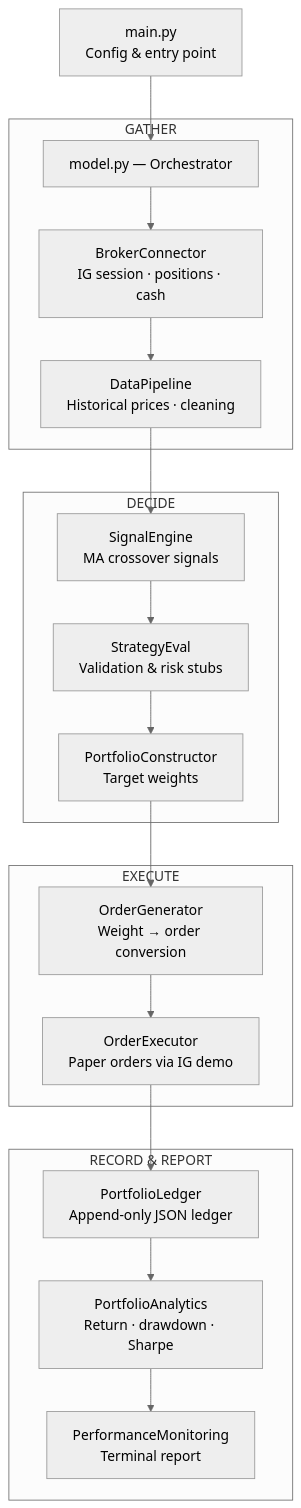
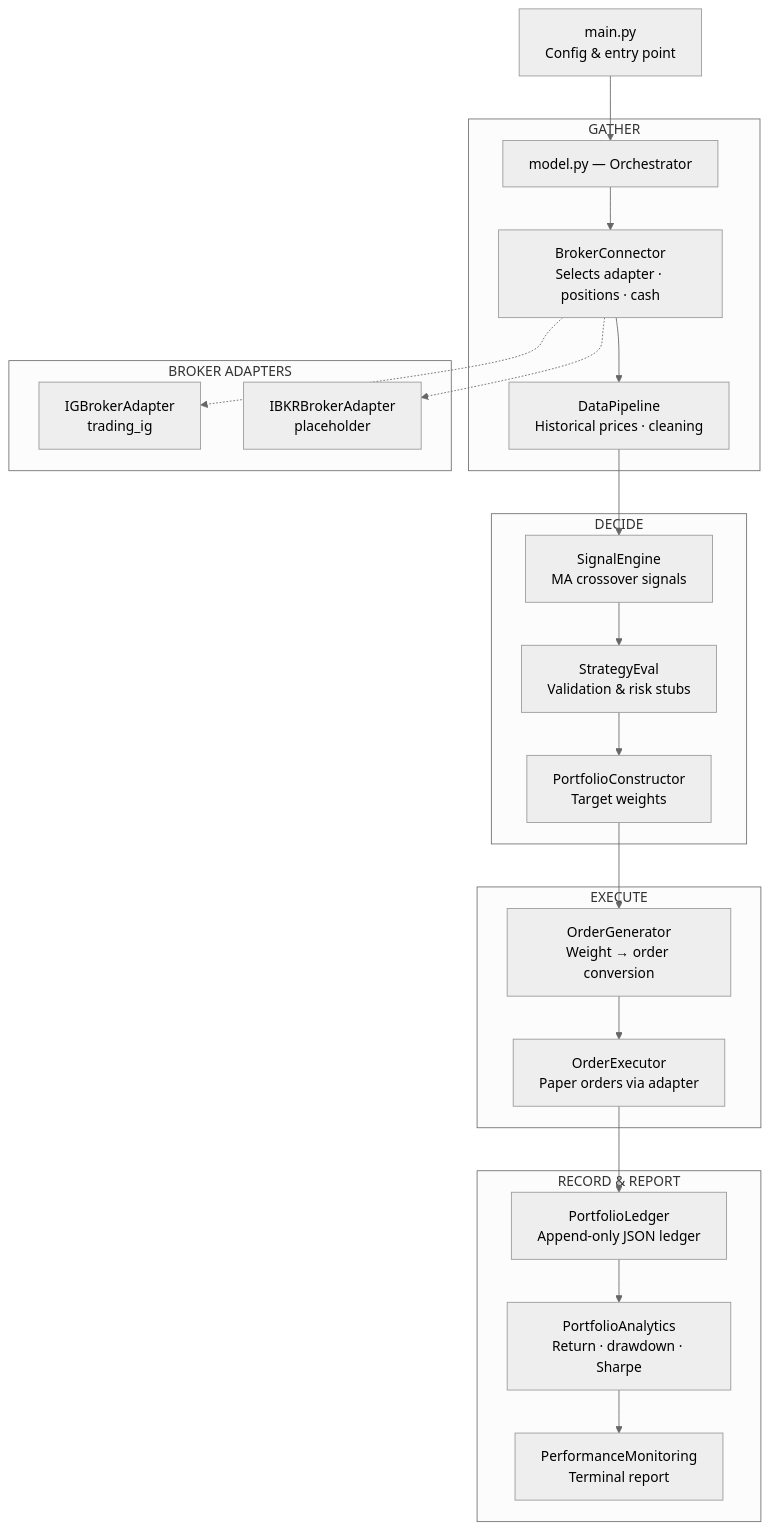
The diagram in README.md (Braumeister-Stefan/Tradinator), drawn with Mermaid (neutral theme) before and after one commit. The commit also changed other lines of this file, not shown here.

First line of the commit message:
Update README.md with broker abstraction layer documentation

````diff
--- a/README.md
+++ b/README.md
@@ -13,26 +15,31 @@
 ```mermaid
 flowchart TD
     A[main.py<br/>Config & entry point] --> B[model.py — Orchestrator]
 
     subgraph GATHER
-        B --> C[BrokerConnector<br/>IG session · positions · cash]
+        B --> C[BrokerConnector<br/>Selects adapter · positions · cash]
         C --> D[DataPipeline<br/>Historical prices · cleaning]
     end
 
     subgraph DECIDE
         D --> E[SignalEngine<br/>MA crossover signals]
         E --> F[StrategyEval<br/>Validation & risk stubs]
         F --> G[PortfolioConstructor<br/>Target weights]
     end
 
     subgraph EXECUTE
         G --> H[OrderGenerator<br/>Weight → order conversion]
-        H --> I[OrderExecutor<br/>Paper orders via IG demo]
+        H --> I[OrderExecutor<br/>Paper orders via adapter]
     end
 
     subgraph RECORD & REPORT
         I --> J[PortfolioLedger<br/>Append-only JSON ledger]
         J --> K[PortfolioAnalytics<br/>Return · drawdown · Sharpe]
         K --> L[PerformanceMonitoring<br/>Terminal report]
     end
+
+    subgraph BROKER ADAPTERS
+        C -.-> M[IGBrokerAdapter<br/>trading_ig]
+        C -.-> N[IBKRBrokerAdapter<br/>placeholder]
+    end
 ```
````
